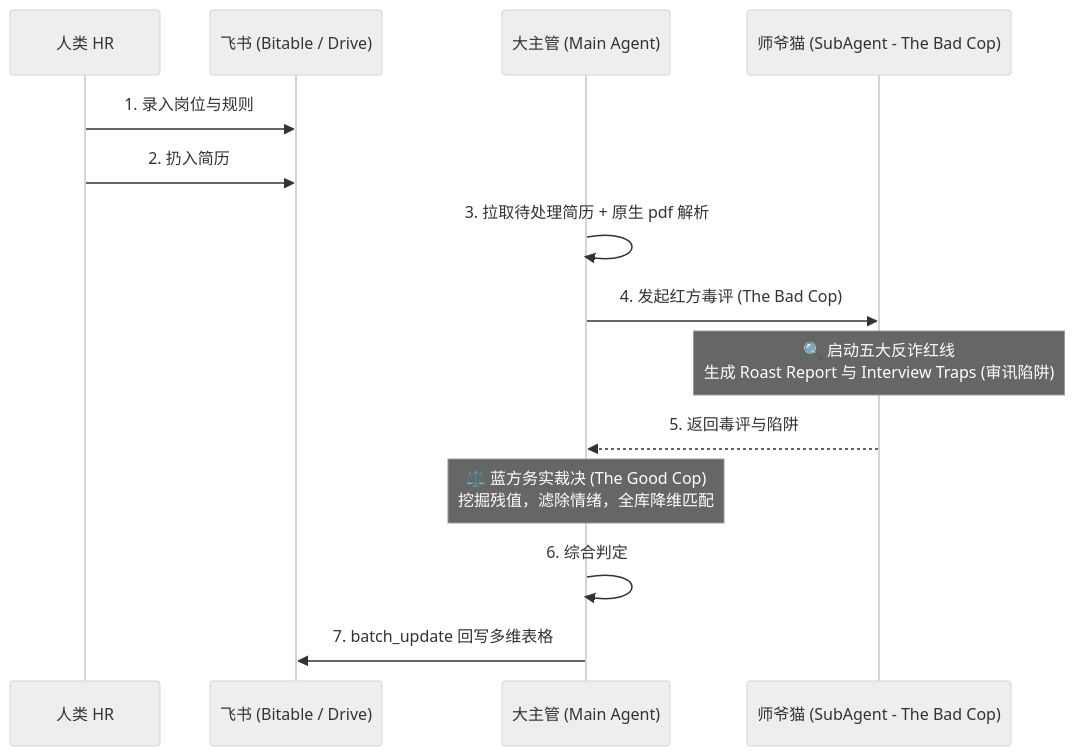
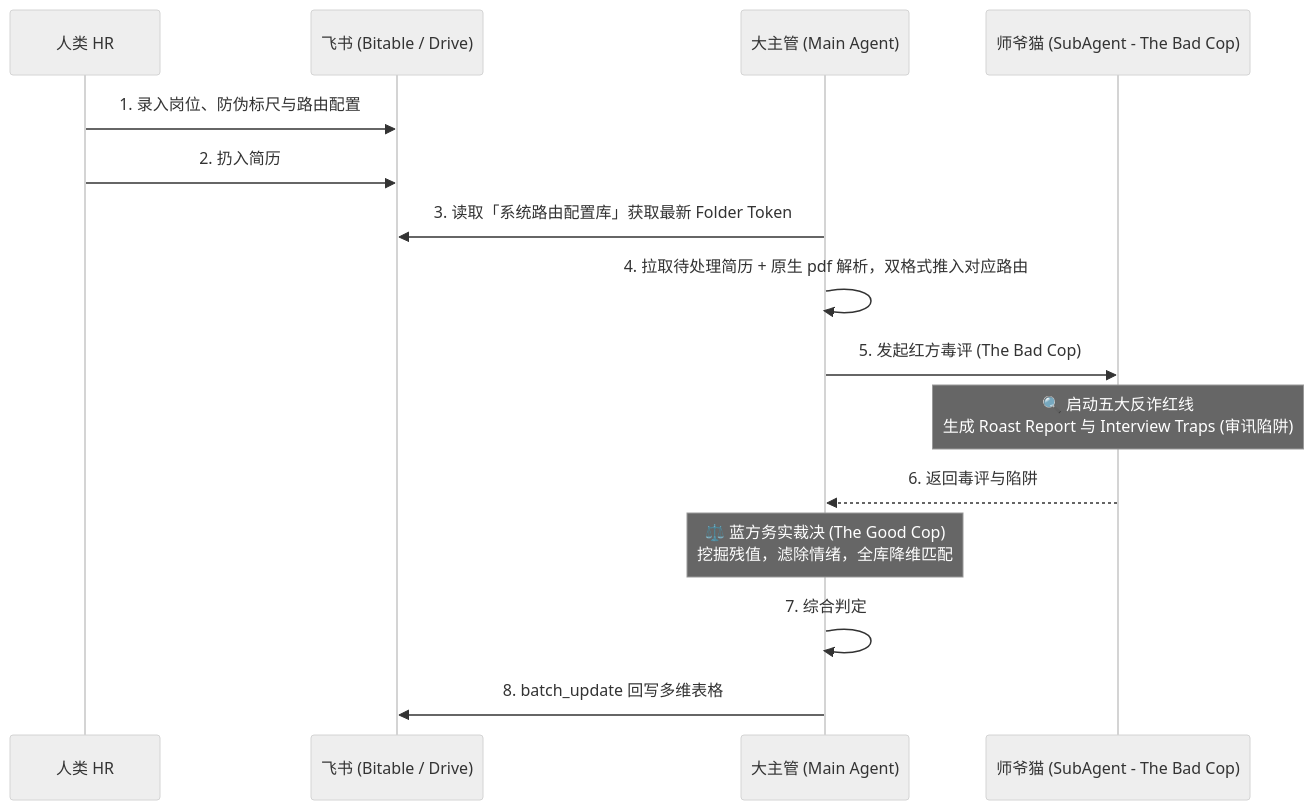
One commit to RedMogu/skills changed the diagram in feishu-intelligent-recruitment/SKILL.md. Above: the diagram before and after it, drawn with Mermaid (neutral theme). The commit also changed other lines of this file, not shown here.

Commit message:
feat: upgrade SKILL.md to v3.3 with dynamic Feishu Bitable routing

````diff
--- a/feishu-intelligent-recruitment/SKILL.md
+++ b/feishu-intelligent-recruitment/SKILL.md
@@ -81,21 +89,22 @@
 ```mermaid
 sequenceDiagram
     participant HR as 人类 HR
     participant Feishu as 飞书 (Bitable / Drive)
     participant Main as 大主管 (Main Agent)
     participant SubAgent as 师爷猫 (SubAgent - The Bad Cop)
 
-    HR->>Feishu: 1. 录入岗位与规则
+    HR->>Feishu: 1. 录入岗位、防伪标尺与路由配置
     HR->>Feishu: 2. 扔入简历
     
-    Main->>Main: 3. 拉取待处理简历 + 原生 pdf 解析
-    Main->>SubAgent: 4. 发起红方毒评 (The Bad Cop)
+    Main->>Feishu: 3. 读取「系统路由配置库」获取最新 Folder Token
+    Main->>Main: 4. 拉取待处理简历 + 原生 pdf 解析，双格式推入对应路由
+    Main->>SubAgent: 5. 发起红方毒评 (The Bad Cop)
     
     Note over SubAgent: 🔍 启动五大反诈红线<br/>生成 Roast Report 与 Interview Traps (审讯陷阱)
-    SubAgent-->>Main: 5. 返回毒评与陷阱
+    SubAgent-->>Main: 6. 返回毒评与陷阱
     
     Note over Main: ⚖️ 蓝方务实裁决 (The Good Cop)<br/>挖掘残值，滤除情绪，全库降维匹配
-    Main->>Main: 6. 综合判定
+    Main->>Main: 7. 综合判定
     
-    Main->>Feishu: 7. batch_update 回写多维表格
+    Main->>Feishu: 8. batch_update 回写多维表格
 ```
````
